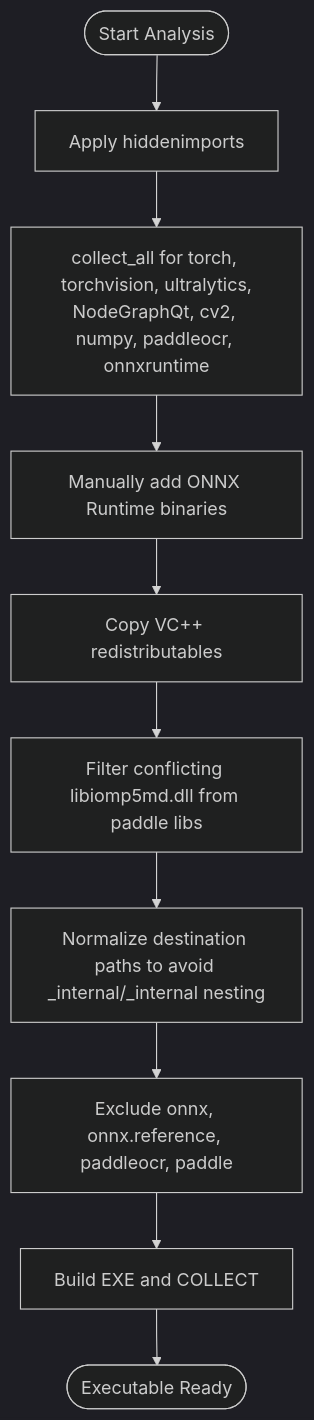
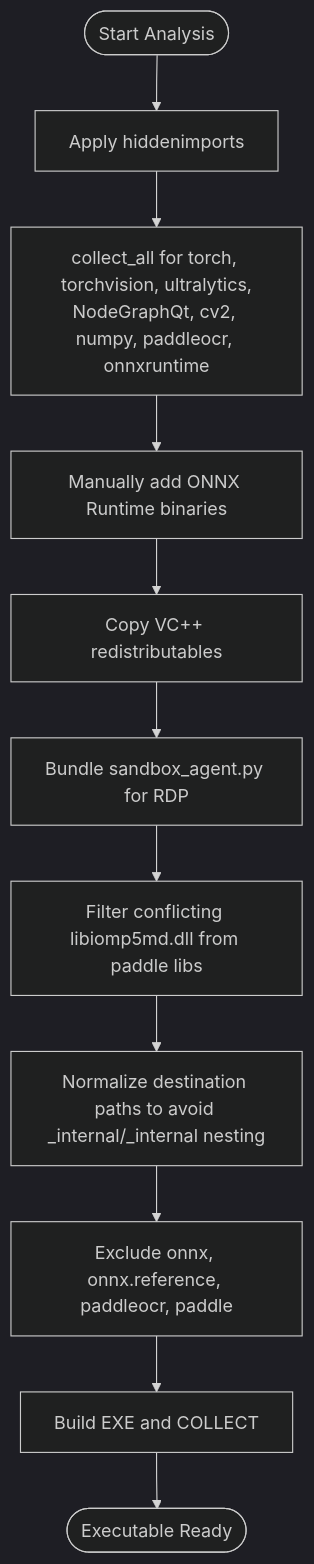
Before and after one commit to RodrigoBenitez343/Arrow: the third of 12 diagrams in .qoder/repowiki/en/content/Packaging and Distribution/PyInstaller Configuration.md, drawn with Mermaid (dark theme). The commit also changed other lines of this file and 53 other files, not shown here.

````diff
--- a/.qoder/repowiki/en/content/Packaging and Distribution/PyInstaller Configuration.md
+++ b/.qoder/repowiki/en/content/Packaging and Distribution/PyInstaller Configuration.md
@@ -120,12 +139,13 @@
 ```mermaid
 flowchart TD
 Start(["Start Analysis"]) --> Hidden["Apply hiddenimports"]
 Hidden --> CollectAll["collect_all for torch, torchvision, ultralytics,<br/>NodeGraphQt, cv2, numpy, paddleocr, onnxruntime"]
 CollectAll --> ManualBin["Manually add ONNX Runtime binaries"]
 ManualBin --> VCRedist["Copy VC++ redistributables"]
-VCRedist --> Filter["Filter conflicting libiomp5md.dll from paddle libs"]
+VCRedist --> SandboxAgent["Bundle sandbox_agent.py for RDP"]
+SandboxAgent --> Filter["Filter conflicting libiomp5md.dll from paddle libs"]
 Filter --> Normalize["Normalize destination paths to avoid _internal/_internal nesting"]
 Normalize --> Exclude["Exclude onnx, onnx.reference, paddleocr, paddle"]
 Exclude --> BuildExe["Build EXE and COLLECT"]
 BuildExe --> End(["Executable Ready"])
 ```
````
